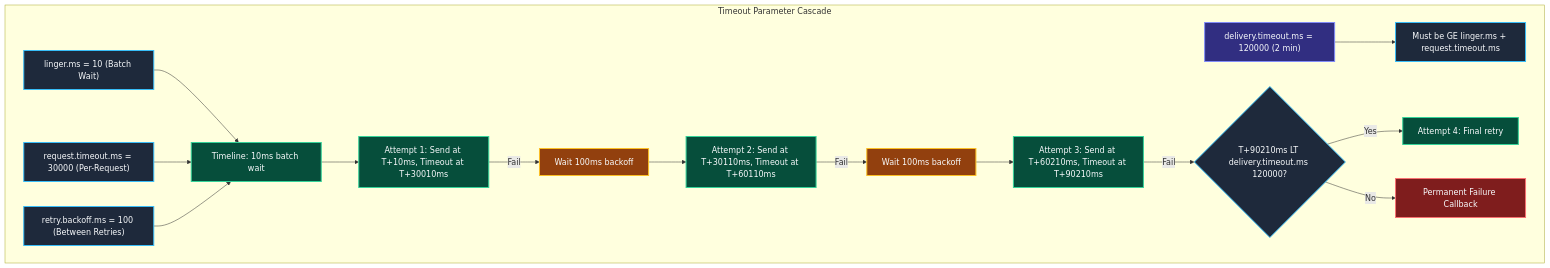
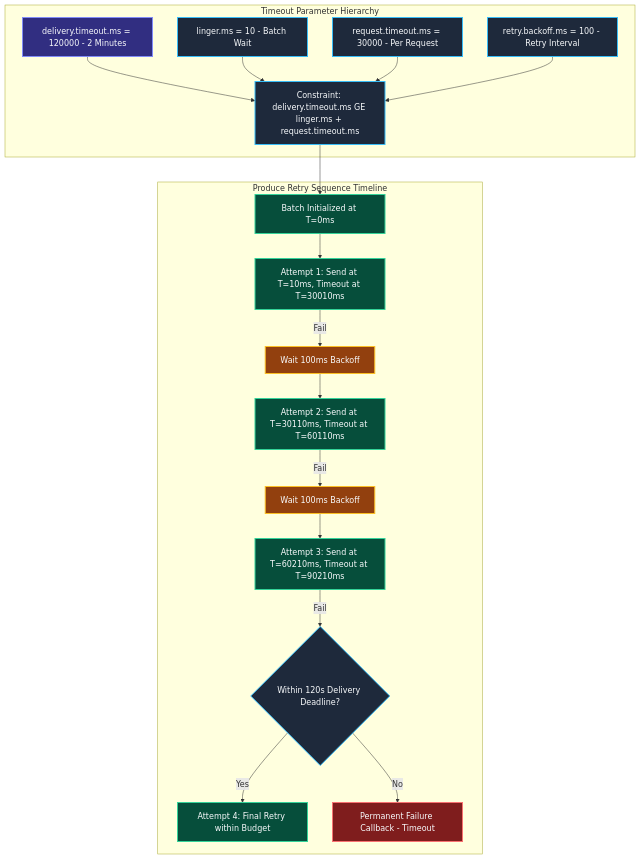
Diagram 30 of 48 in docs/configDoc/kafka-configuration-guide.md (Chief-Strategist-J/llm-obs-infra), drawn with Mermaid before and after one commit.

Commit message:
fix(docs): fix diagram 14.3 timeout cascade syntax and layout

````diff
--- a/docs/configDoc/kafka-configuration-guide.md
+++ b/docs/configDoc/kafka-configuration-guide.md
@@ -2369,39 +2369,52 @@
 ```mermaid
-graph TB
-    subgraph TimeoutCascade ["Timeout Parameter Cascade"]
-        DeliveryTimeout["delivery.timeout.ms = 120000 (2 min)"]
-        DeliveryTimeout --> Constraint["Must be GE linger.ms + request.timeout.ms"]
+graph TD
+    subgraph ConfigHierarchy ["Timeout Parameter Hierarchy"]
+        DeliveryTimeout["delivery.timeout.ms = 120000 - 2 Minutes"]
+        Constraint["Constraint: delivery.timeout.ms GE linger.ms + request.timeout.ms"]
+        LingerMs["linger.ms = 10 - Batch Wait"]
+        RequestTimeout["request.timeout.ms = 30000 - Per Request"]
+        RetryBackoff["retry.backoff.ms = 100 - Retry Interval"]
 
-        LingerMs["linger.ms = 10 (Batch Wait)"]
-        RequestTimeout["request.timeout.ms = 30000 (Per-Request)"]
-        RetryBackoff["retry.backoff.ms = 100 (Between Retries)"]
+        DeliveryTimeout --> Constraint
+        LingerMs --> Constraint
+        RequestTimeout --> Constraint
+        RetryBackoff --> Constraint
+    end
 
-        LingerMs --> Timeline["Timeline: 10ms batch wait"]
-        RequestTimeout --> Timeline
-        RetryBackoff --> Timeline
+    subgraph ExecutionTimeline ["Produce Retry Sequence Timeline"]
+        TimelineStart["Batch Initialized at T=0ms"]
+        Attempt1["Attempt 1: Send at T=10ms, Timeout at T=30010ms"]
+        Wait1["Wait 100ms Backoff"]
+        Attempt2["Attempt 2: Send at T=30110ms, Timeout at T=60110ms"]
+        Wait2["Wait 100ms Backoff"]
+        Attempt3["Attempt 3: Send at T=60210ms, Timeout at T=90210ms"]
+        FinalCheck{"Within 120s Delivery Deadline?"}
+        Attempt4["Attempt 4: Final Retry within Budget"]
+        PermanentFail["Permanent Failure Callback - Timeout"]
+    end
 
-        Timeline --> Attempt1["Attempt 1: Send at T+10ms, Timeout at T+30010ms"]
-        Attempt1 -->|Fail| Wait1["Wait 100ms backoff"]
-        Wait1 --> Attempt2["Attempt 2: Send at T+30110ms, Timeout at T+60110ms"]
-        Attempt2 -->|Fail| Wait2["Wait 100ms backoff"]
-        Wait2 --> Attempt3["Attempt 3: Send at T+60210ms, Timeout at T+90210ms"]
-        Attempt3 -->|Fail| FinalCheck{"T+90210ms LT delivery.timeout.ms 120000?"}
-        FinalCheck -->|Yes| Attempt4["Attempt 4: Final retry"]
-        FinalCheck -->|No| PermanentFail["Permanent Failure Callback"]
-    end
+    Constraint --> TimelineStart
+    TimelineStart --> Attempt1
+    Attempt1 -->|Fail| Wait1
+    Wait1 --> Attempt2
+    Attempt2 -->|Fail| Wait2
+    Wait2 --> Attempt3
+    Attempt3 -->|Fail| FinalCheck
+    FinalCheck -->|Yes| Attempt4
+    FinalCheck -->|No| PermanentFail
 
     style DeliveryTimeout fill:#312e81,stroke:#818cf8,stroke-width:2px,color:#f8fafc
     style Constraint fill:#1e293b,stroke:#38bdf8,stroke-width:2px,color:#f8fafc
     style LingerMs fill:#1e293b,stroke:#38bdf8,stroke-width:2px,color:#f8fafc
     style RequestTimeout fill:#1e293b,stroke:#38bdf8,stroke-width:2px,color:#f8fafc
     style RetryBackoff fill:#1e293b,stroke:#38bdf8,stroke-width:2px,color:#f8fafc
-    style Timeline fill:#064e3b,stroke:#34d399,stroke-width:2px,color:#f8fafc
+    style TimelineStart fill:#064e3b,stroke:#34d399,stroke-width:2px,color:#f8fafc
     style Attempt1 fill:#064e3b,stroke:#34d399,stroke-width:2px,color:#f8fafc
     style Wait1 fill:#92400e,stroke:#fbbf24,stroke-width:2px,color:#f8fafc
     style Attempt2 fill:#064e3b,stroke:#34d399,stroke-width:2px,color:#f8fafc
     style Wait2 fill:#92400e,stroke:#fbbf24,stroke-width:2px,color:#f8fafc
     style Attempt3 fill:#064e3b,stroke:#34d399,stroke-width:2px,color:#f8fafc
     style FinalCheck fill:#1e293b,stroke:#38bdf8,stroke-width:2px,color:#f8fafc
     style Attempt4 fill:#064e3b,stroke:#34d399,stroke-width:2px,color:#f8fafc
     style PermanentFail fill:#7f1d1d,stroke:#f87171,stroke-width:2px,color:#f8fafc
 ```
````
